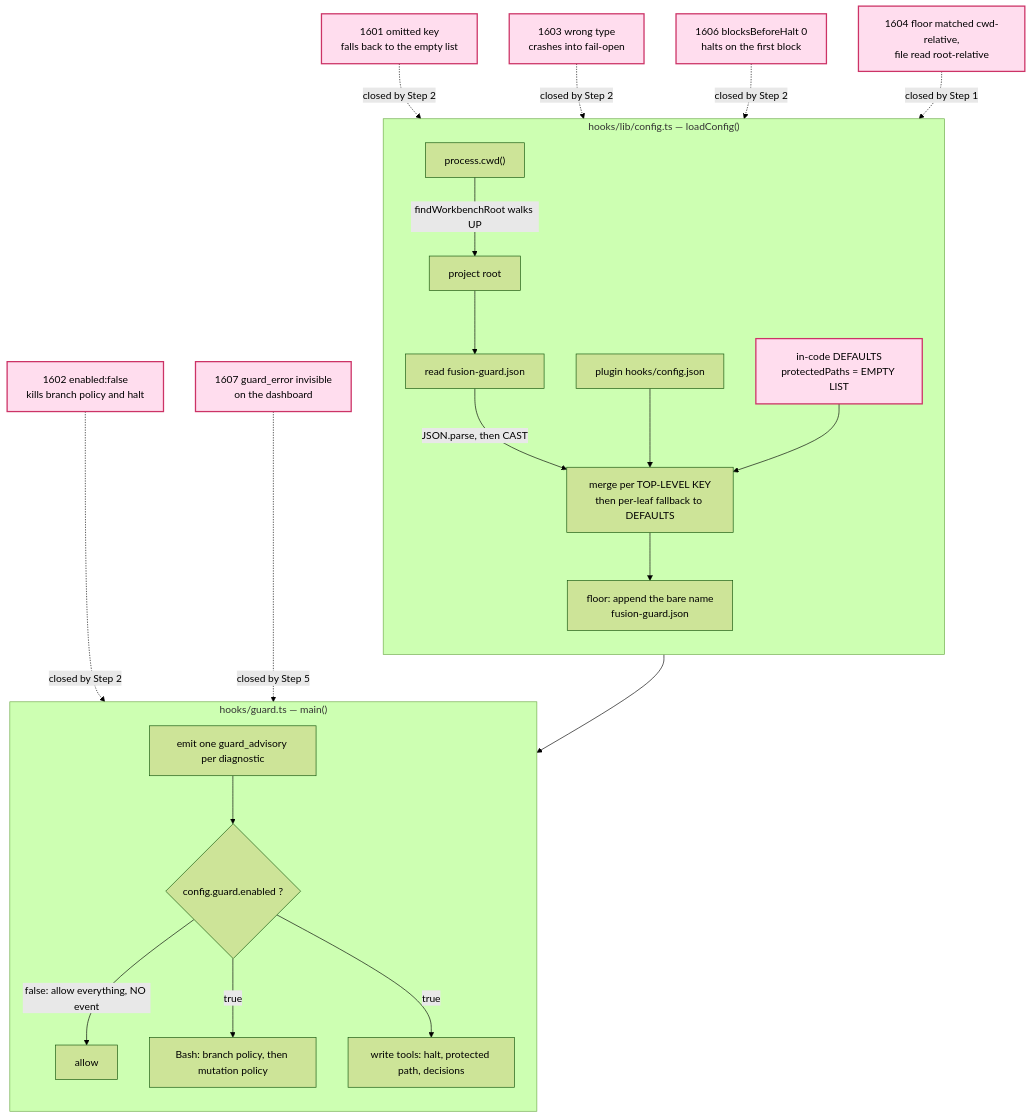
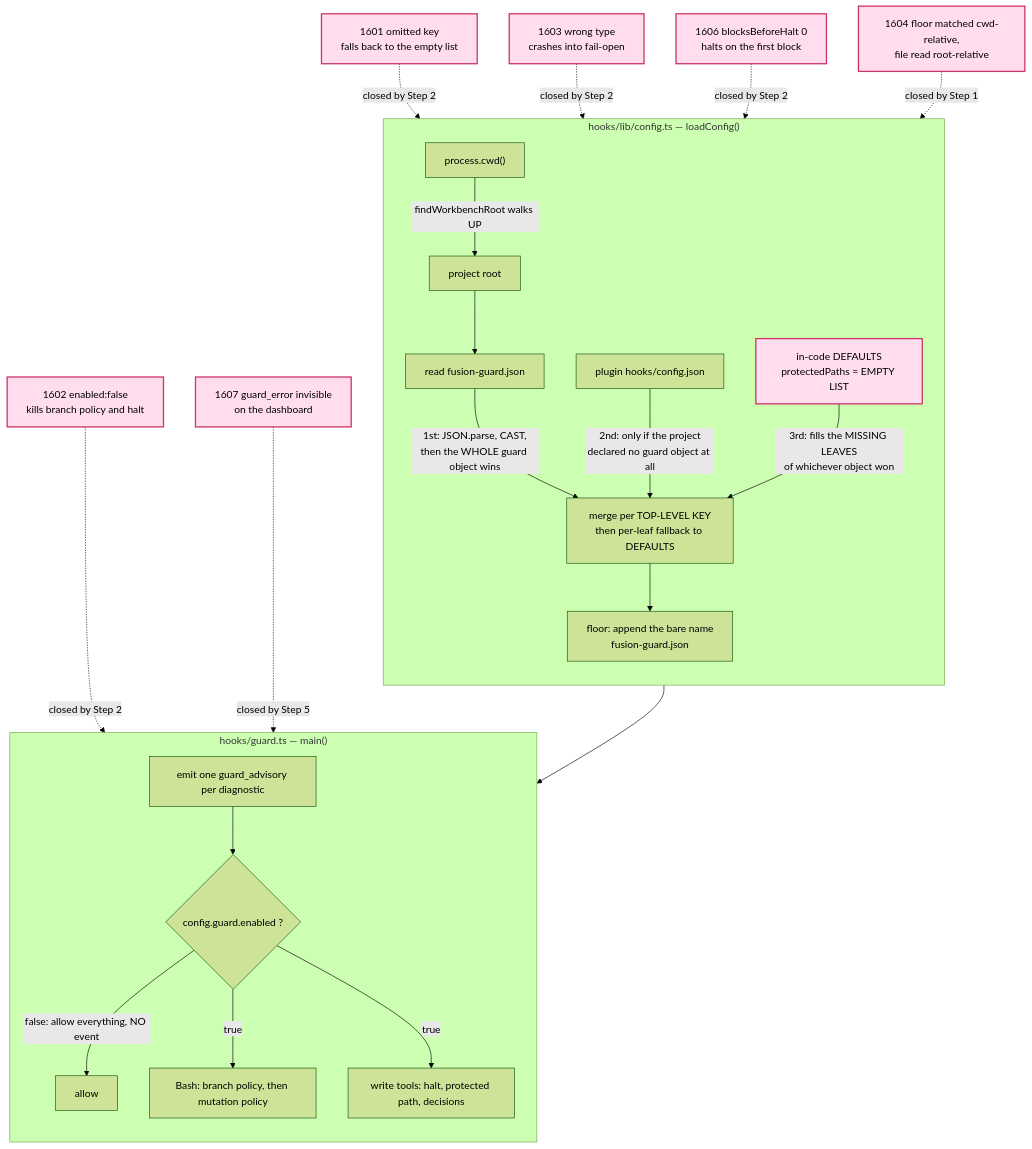
Before and after one commit to tenzoki/fusion: the first of 2 diagrams in fusion-workbench/circles/260801-1244-guard-rules-write/planning/260804-1633_o_plan-c5b-remediation-and-ship.md, drawn with Mermaid (forest theme). The commit also changed other lines of this file and 4 other files, not shown here.

First line of the commit message:
plan(guard): fold the two answers into the plan, and repair its diagrams

````diff
--- a/fusion-workbench/circles/260801-1244-guard-rules-write/planning/260804-1633_o_plan-c5b-remediation-and-ship.md
+++ b/fusion-workbench/circles/260801-1244-guard-rules-write/planning/260804-1633_o_plan-c5b-remediation-and-ship.md
@@ -47,37 +67,37 @@
 ```mermaid
 flowchart TD
   subgraph resolve["hooks/lib/config.ts — loadConfig()"]
     direction TB
     CWD["process.cwd()"] -->|"findWorkbenchRoot walks UP"| ROOT["project root"]
     ROOT --> PFILE["read fusion-guard.json"]
-    PFILE -->|"JSON.parse, then CAST"| MERGE
-    PLUG["plugin hooks/config.json"] --> MERGE
-    DEF["in-code DEFAULTS<br/>protectedPaths = EMPTY LIST"] --> MERGE
+    PFILE -->|"1st: JSON.parse, CAST,<br/>then the WHOLE guard object wins"| MERGE
+    PLUG["plugin hooks/config.json"] -->|"2nd: only if the project<br/>declared no guard object at all"| MERGE
+    DEF["in-code DEFAULTS<br/>protectedPaths = EMPTY LIST"] -->|"3rd: fills the MISSING LEAVES<br/>of whichever object won"| MERGE
     MERGE["merge per TOP-LEVEL KEY<br/>then per-leaf fallback to DEFAULTS"]
     MERGE --> FLOOR["floor: append the bare name<br/>fusion-guard.json"]
   end
 
   subgraph enforce["hooks/guard.ts — main()"]
     direction TB
     DIAG["emit one guard_advisory per diagnostic"]
     ENAB{"config.guard.enabled ?"}
     BASH["Bash: branch policy, then mutation policy"]
     WRITE["write tools: halt, protected path, decisions"]
     DIAG --> ENAB
     ENAB -->|"false: allow everything, NO event"| OUT["allow"]
     ENAB -->|"true"| BASH
     ENAB -->|"true"| WRITE
   end
 
   FLOOR --> DIAG
 
   F1["1601 omitted key<br/>falls back to the empty list"] -.->|"closed by Step 2"| MERGE
   F3["1603 wrong type<br/>crashes into fail-open"] -.->|"closed by Step 2"| MERGE
   F6["1606 blocksBeforeHalt 0<br/>halts on the first block"] -.->|"closed by Step 2"| MERGE
   F2["1602 enabled:false<br/>kills branch policy and halt"] -.->|"closed by Step 2"| ENAB
   F4["1604 floor matched cwd-relative,<br/>file read root-relative"] -.->|"closed by Step 1"| FLOOR
   F7["1607 guard_error invisible<br/>on the dashboard"] -.->|"closed by Step 5"| OUT
 
   classDef bad fill:#fde,stroke:#c36,stroke-width:2px
   class F1,F2,F3,F4,F6,F7,DEF bad
 ```
````
